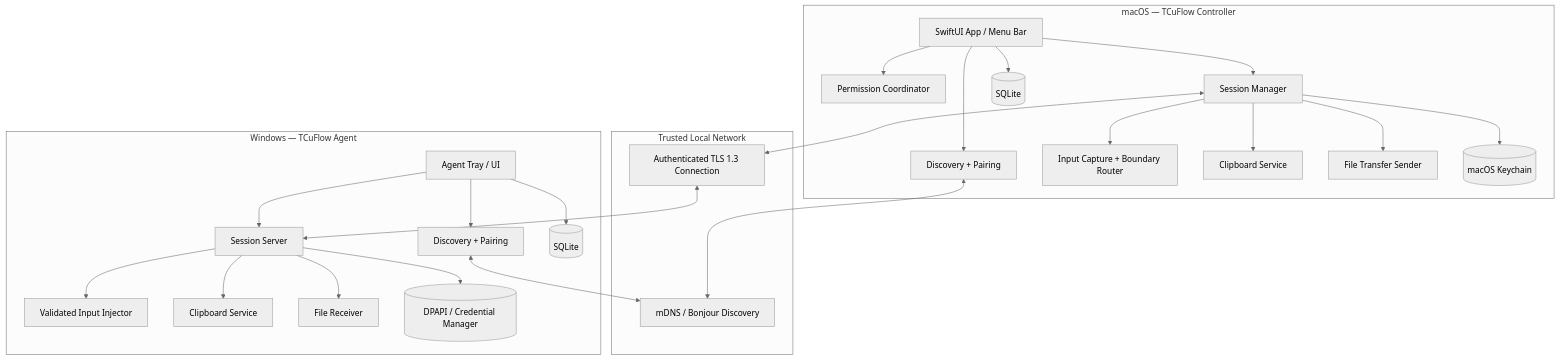
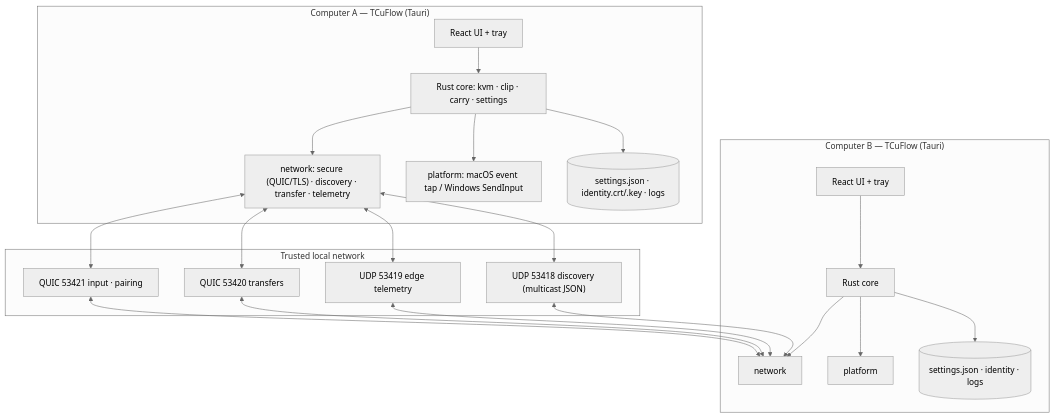
One commit to tcuber11/tcu-flow changed the diagram in docs/diagrams/system-architecture.mmd. Above: the diagram before and after it, drawn with Mermaid (neutral theme). The commit also changed 54 other files, not shown here.

```diff
--- a/docs/diagrams/system-architecture.mmd
+++ b/docs/diagrams/system-architecture.mmd
@@ -1,48 +1,36 @@
 flowchart TB
-    subgraph MAC["macOS — TCuFlow Controller"]
-        UI["SwiftUI App / Menu Bar"]
-        PERM["Permission Coordinator"]
-        DISC_M["Discovery + Pairing"]
-        SESSION_M["Session Manager"]
-        INPUT_M["Input Capture + Boundary Router"]
-        CLIP_M["Clipboard Service"]
-        FILE_M["File Transfer Sender"]
-        DB_M[("SQLite")]
-        KEY_M[("macOS Keychain")]
-        UI --> PERM
-        UI --> DISC_M
-        UI --> SESSION_M
-        SESSION_M --> INPUT_M
-        SESSION_M --> CLIP_M
-        SESSION_M --> FILE_M
-        UI --> DB_M
-        SESSION_M --> KEY_M
+    subgraph A["Computer A — TCuFlow (Tauri)"]
+        UI_A["React UI + tray"]
+        CORE_A["Rust core: kvm · clip · carry · settings"]
+        NET_A["network: secure (QUIC/TLS) · discovery · transfer · telemetry"]
+        PLAT_A["platform: macOS event tap / Windows SendInput"]
+        DISK_A[("settings.json · identity.crt/.key · logs")]
+        UI_A --> CORE_A
+        CORE_A --> NET_A
+        CORE_A --> PLAT_A
+        CORE_A --> DISK_A
     end
 
-    subgraph LAN["Trusted Local Network"]
-        TLS["Authenticated TLS 1.3 Connection"]
-        DISC["mDNS / Bonjour Discovery"]
+    subgraph LAN["Trusted local network"]
+        DISC["UDP 53418 discovery (multicast JSON)"]
+        TELE["UDP 53419 edge telemetry"]
+        XFER["QUIC 53420 transfers"]
+        KVM["QUIC 53421 input · pairing"]
     end
 
-    subgraph WIN["Windows — TCuFlow Agent"]
-        AGENT["Agent Tray / UI"]
-        DISC_W["Discovery + Pairing"]
-        SESSION_W["Session Server"]
-        INJECT["Validated Input Injector"]
-        CLIP_W["Clipboard Service"]
-        FILE_W["File Receiver"]
-        DB_W[("SQLite")]
-        KEY_W[("DPAPI / Credential Manager")]
-        AGENT --> DISC_W
-        AGENT --> SESSION_W
-        SESSION_W --> INJECT
-        SESSION_W --> CLIP_W
-        SESSION_W --> FILE_W
-        AGENT --> DB_W
-        SESSION_W --> KEY_W
+    subgraph B["Computer B — TCuFlow (Tauri)"]
+        UI_B["React UI + tray"]
+        CORE_B["Rust core"]
+        NET_B["network"]
+        PLAT_B["platform"]
+        DISK_B[("settings.json · identity · logs")]
+        UI_B --> CORE_B
+        CORE_B --> NET_B
+        CORE_B --> PLAT_B
+        CORE_B --> DISK_B
     end
 
-    DISC_M <--> DISC
-    DISC_W <--> DISC
-    SESSION_M <--> TLS
-    TLS <--> SESSION_W
+    NET_A <--> DISC <--> NET_B
+    NET_A <--> TELE <--> NET_B
+    NET_A <--> XFER <--> NET_B
+    NET_A <--> KVM <--> NET_B
```
